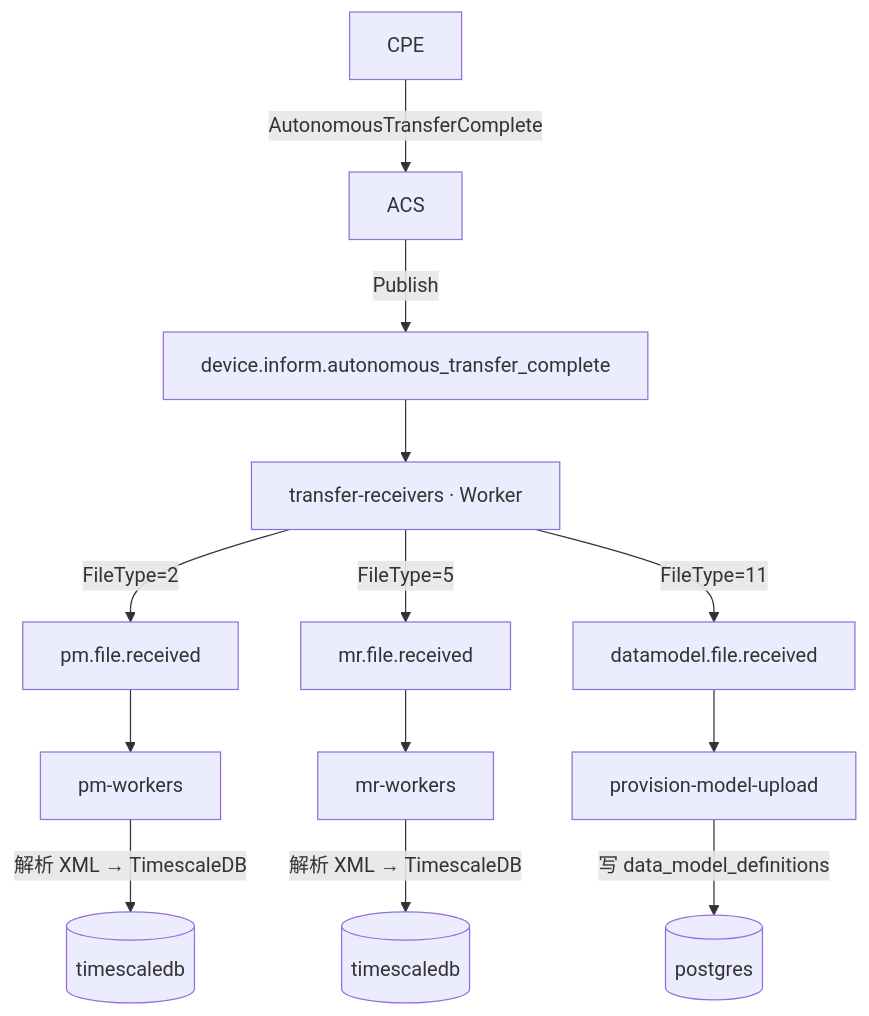
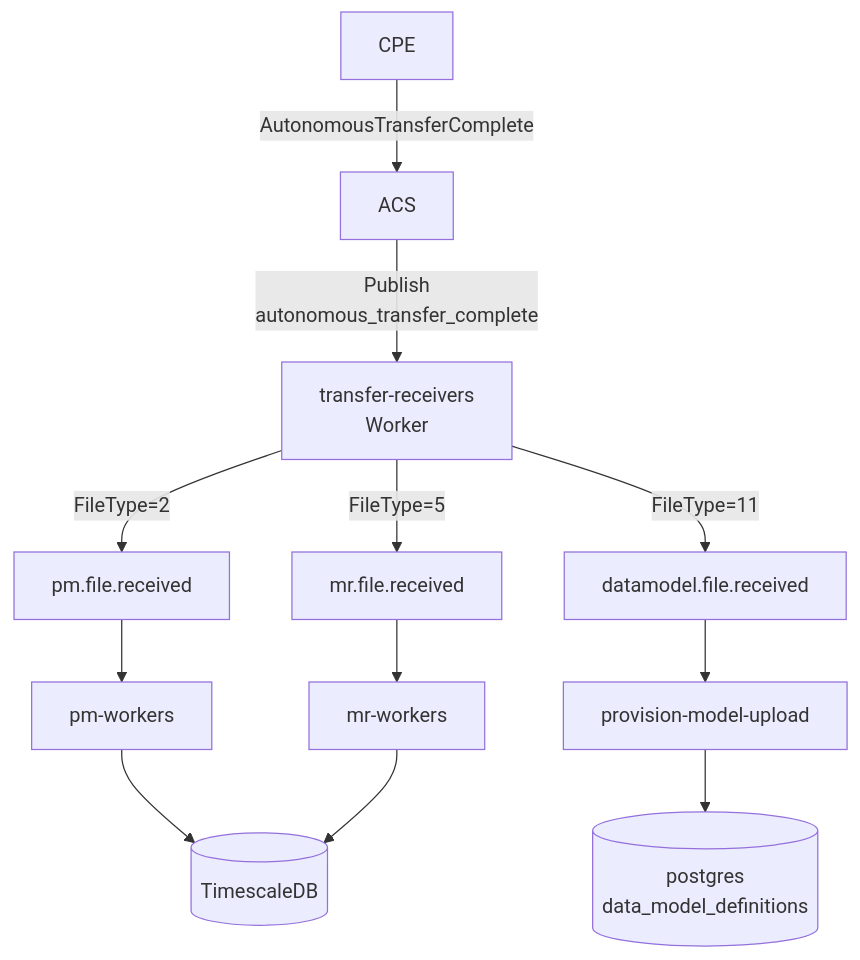
Before and after one commit to bixinhaner/xomc: the sixth of 15 diagrams in docs/消息队列全流程流转说明书.md, drawn with Mermaid. The commit also changed other lines of this file, not shown here.

First line of the commit message:
docs(mq): 优化《消息队列全流程流转说明书》Mermaid 图的可视化宽度

````diff
--- a/docs/消息队列全流程流转说明书.md
+++ b/docs/消息队列全流程流转说明书.md
@@ -352,12 +364,11 @@
 ```mermaid
 flowchart TB
-    CPE --> |AutonomousTransferComplete| ACS
-    ACS -->|Publish| SUB[device.inform.autonomous_transfer_complete]
-    SUB --> TR[transfer-receivers · Worker]
-    TR -->|FileType=2| PM[pm.file.received]
-    TR -->|FileType=5| MR[mr.file.received]
-    TR -->|FileType=11| DM[datamodel.file.received]
-    PM --> PMW[pm-workers] -->|解析 XML → TimescaleDB| TSDB1[(timescaledb)]
-    MR --> MRW[mr-workers] -->|解析 XML → TimescaleDB| TSDB2[(timescaledb)]
-    DM --> PMU[provision-model-upload] -->|写 data_model_definitions| PG1[(postgres)]
+    CPE -- AutonomousTransferComplete --> ACS
+    ACS -- Publish<br/>autonomous_transfer_complete --> TR[transfer-receivers<br/>Worker]
+    TR -- FileType=2 --> PM[pm.file.received]
+    TR -- FileType=5 --> MR[mr.file.received]
+    TR -- FileType=11 --> DM[datamodel.file.received]
+    PM --> PMW[pm-workers] --> TSDB[(TimescaleDB)]
+    MR --> MRW[mr-workers] --> TSDB
+    DM --> PMU[provision-model-upload] --> PG1[(postgres<br/>data_model_definitions)]
 ```
````
